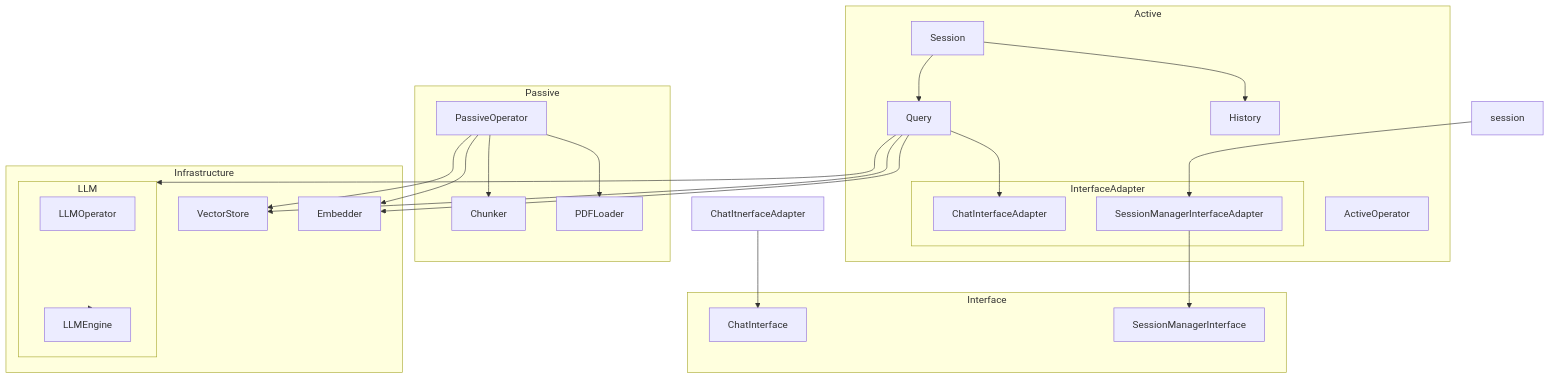
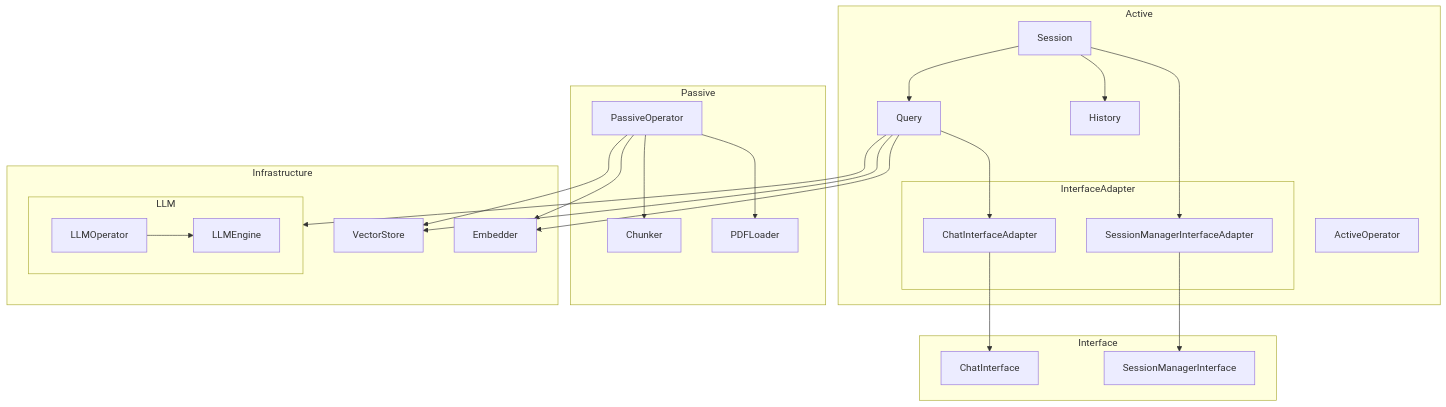
The diagram in user_docs/dependency.md (KA-study/local-rag), drawn with Mermaid before and after one commit.

Commit message:
docs: fix one more small issue about mermaid.

````diff
--- a/user_docs/dependency.md
+++ b/user_docs/dependency.md
@@ -1,55 +1,55 @@
 ```mermaid
 graph TD
 
 subgraph Interface
     ChatInterface
     SessionManagerInterface
 end
 
 subgraph Active
     ActiveOperator    
     Session
     Query
     History
     subgraph InterfaceAdapter
         ChatInterfaceAdapter
         SessionManagerInterfaceAdapter
     end
 end
 
 subgraph Passive
     PassiveOperator
     Chunker
     PDFLoader
 end
 
 subgraph Infrastructure
     subgraph LLM
         LLMOperator
         LLMEngine
     end
     VectorStore
     Embedder
 end
 
 Session --> Query
 Session --> History
-session --> SessionManagerInterfaceAdapter
+Session --> SessionManagerInterfaceAdapter
 Query --> ChatInterfaceAdapter
 Query --> LLM
 Query --> Embedder
 Query --> VectorStore
 
 SessionManagerInterfaceAdapter --> SessionManagerInterface
-ChatItnerfaceAdapter --> ChatInterface
+ChatInterfaceAdapter --> ChatInterface
 
 
 PassiveOperator --> Chunker
 PassiveOperator --> PDFLoader
 PassiveOperator --> Embedder
 PassiveOperator --> VectorStore
 
 
-LLM --> LLMEngine
+LLMOperator --> LLMEngine
 
 ```
````
